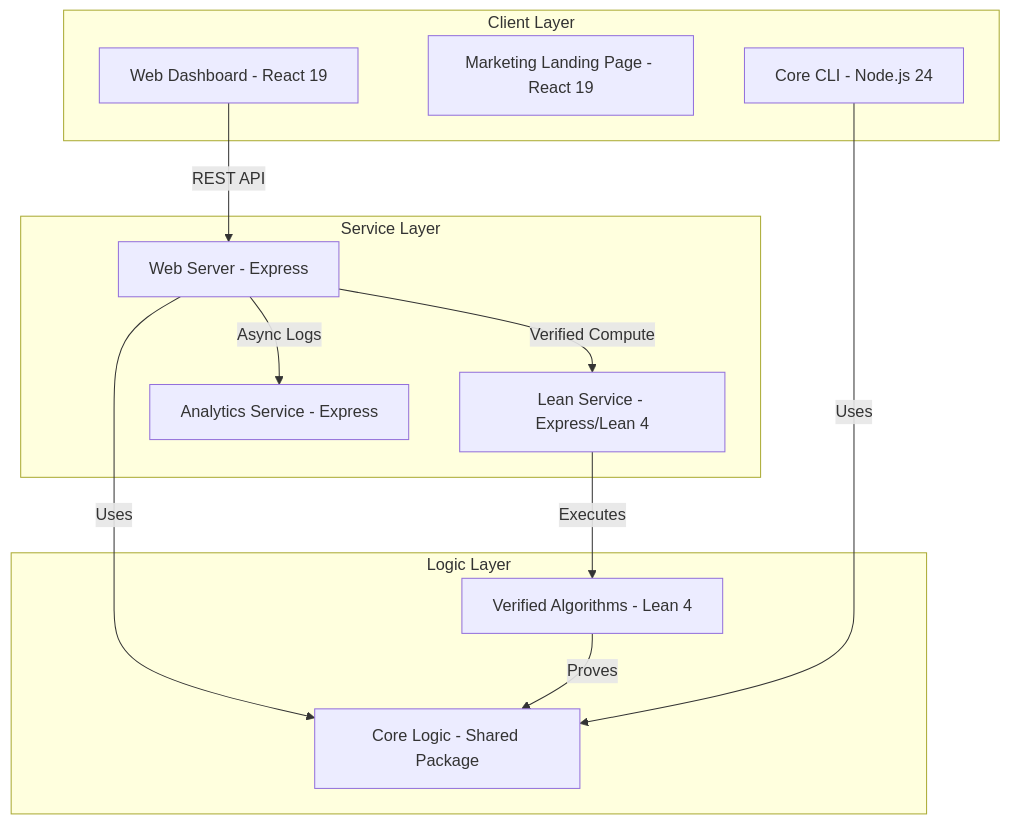
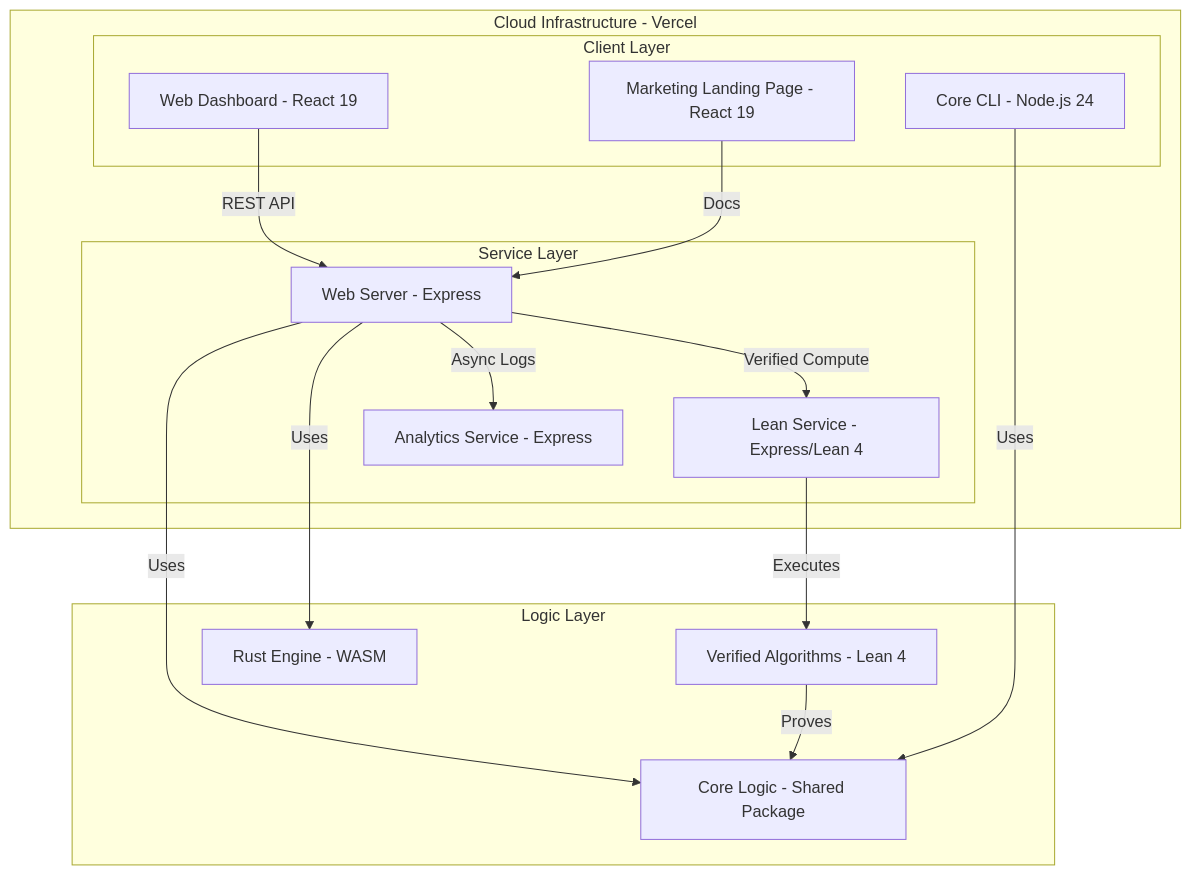
One commit to CamJohnson26/agent-first-fizzbuzz-scalable changed the second of 2 diagrams in README.md. Above: the diagram before and after it, drawn with Mermaid. The commit also changed other lines of this file and 4 other files, not shown here.

Commit message:
docs: update project roadmap, system diagram, and add tech stack details

````diff
--- a/README.md
+++ b/README.md
@@ -59,27 +60,32 @@
 ```mermaid
 graph TD
-    subgraph Client_Layer [Client Layer]
-        WD[Web Dashboard - React 19]
-        LP[Marketing Landing Page - React 19]
-        CLI[Core CLI - Node.js 24]
-    end
+    subgraph Hosting [Cloud Infrastructure - Vercel]
+        subgraph Client_Layer [Client Layer]
+            WD[Web Dashboard - React 19]
+            LP[Marketing Landing Page - React 19]
+            CLI[Core CLI - Node.js 24]
+        end
 
-    subgraph Service_Layer [Service Layer]
-        WS[Web Server - Express]
-        AS[Analytics Service - Express]
-        LS[Lean Service - Express/Lean 4]
+        subgraph Service_Layer [Service Layer]
+            WS[Web Server - Express]
+            AS[Analytics Service - Express]
+            LS[Lean Service - Express/Lean 4]
+        end
     end
 
     subgraph Logic_Layer [Logic Layer]
         CL[Core Logic - Shared Package]
+        RE[Rust Engine - WASM]
         VA[Verified Algorithms - Lean 4]
     end
 
     WD -- REST API --> WS
+    LP -- Docs --> WS
     WS -- Uses --> CL
+    WS -- Uses --> RE
     WS -- Async Logs --> AS
     WS -- Verified Compute --> LS
     CLI -- Uses --> CL
     VA -- Proves --> CL
     LS -- Executes --> VA
 ```
````
